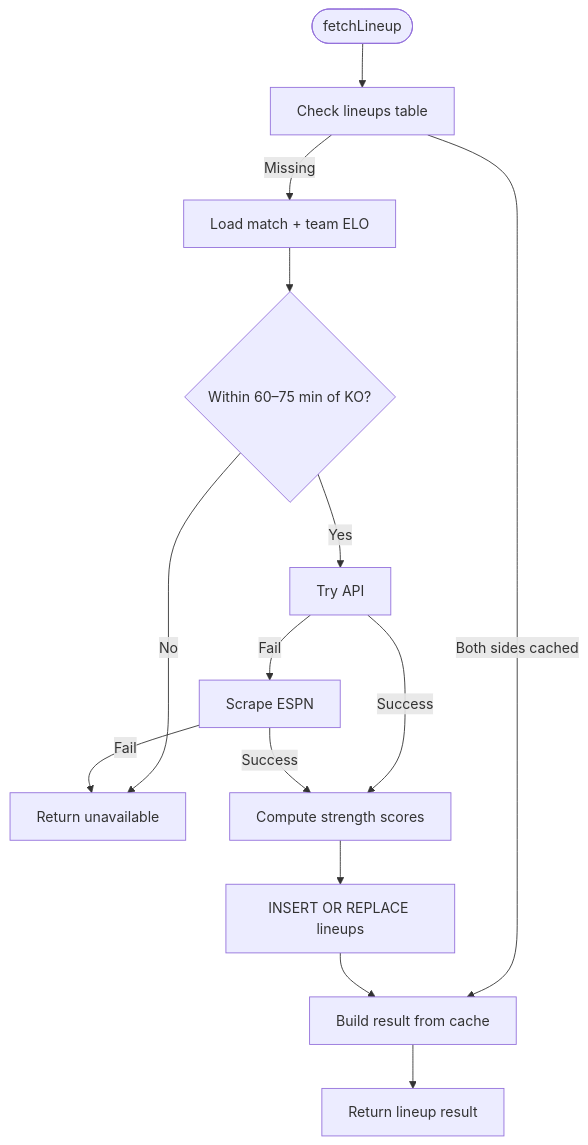
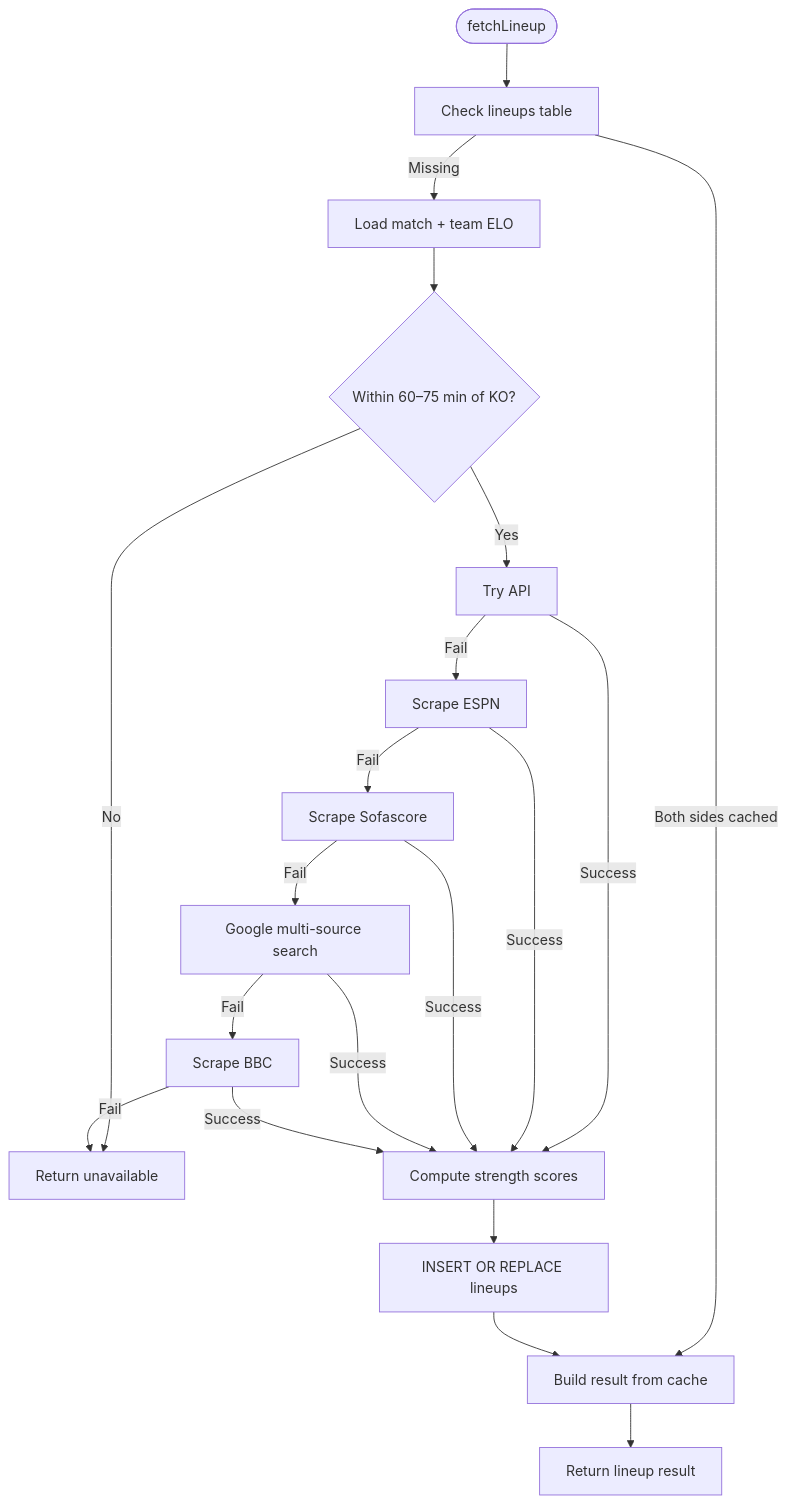
One commit to cheesiong/WC26-qwen changed the fifth of 8 diagrams in .qoder/repowiki/en/content/Data Services/Data Services.md. Above: the diagram before and after it, drawn with Mermaid. The commit also changed other lines of this file and 22 other files, not shown here.

````diff
--- a/.qoder/repowiki/en/content/Data Services/Data Services.md
+++ b/.qoder/repowiki/en/content/Data Services/Data Services.md
@@ -262,16 +286,22 @@
 ```mermaid
 flowchart TD
 Start(["fetchLineup"]) --> CheckCache["Check lineups table"]
 CheckCache --> |Both sides cached| Build["Build result from cache"]
 CheckCache --> |Missing| LoadMatch["Load match + team ELO"]
 LoadMatch --> TimeCheck{"Within 60–75 min of KO?"}
 TimeCheck --> |No| ReturnUnavailable["Return unavailable"]
 TimeCheck --> |Yes| TryAPI["Try API"]
 TryAPI --> |Success| Compute["Compute strength scores"]
 TryAPI --> |Fail| TryESPN["Scrape ESPN"]
 TryESPN --> |Success| Compute
-TryESPN --> |Fail| ReturnUnavailable
+TryESPN --> |Fail| TrySofascore["Scrape Sofascore"]
+TrySofascore --> |Success| Compute
+TrySofascore --> |Fail| TryGoogle["Google multi-source search"]
+TryGoogle --> |Success| Compute
+TryGoogle --> |Fail| TryBBC["Scrape BBC"]
+TryBBC --> |Success| Compute
+TryBBC --> |Fail| ReturnUnavailable
 Compute --> Store["INSERT OR REPLACE lineups"]
 Store --> Build
 Build --> Return["Return lineup result"]
 ```
````
